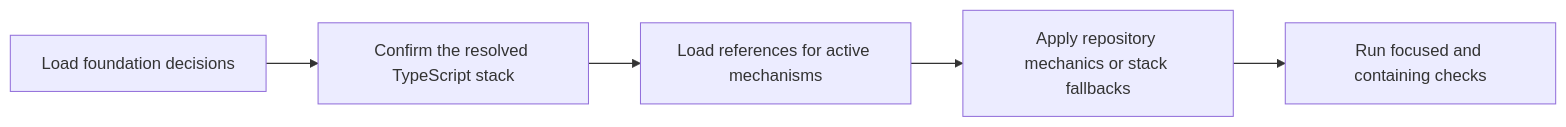
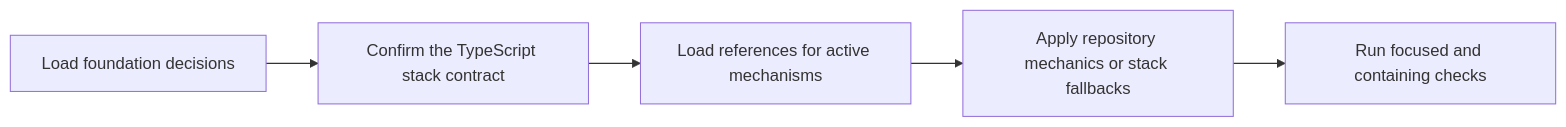
The diagram in plugin/skills/ptlam-testing-typescript/SKILL.md (fam-tung-lam/ptlam-agent-plugin), drawn with Mermaid before and after one commit. The commit also changed other lines of this file and 28 other files, not shown here.

````diff
--- a/plugin/skills/ptlam-testing-typescript/SKILL.md
+++ b/plugin/skills/ptlam-testing-typescript/SKILL.md
@@ -12,7 +12,7 @@
 ```mermaid
 flowchart LR
-    A[Load foundation decisions] --> B[Confirm the resolved TypeScript stack]
+    A[Load foundation decisions] --> B[Confirm the TypeScript stack contract]
     B --> C[Load references for active mechanisms]
     C --> D[Apply repository mechanics or stack fallbacks]
     D --> E[Run focused and containing checks]
 ```
````
